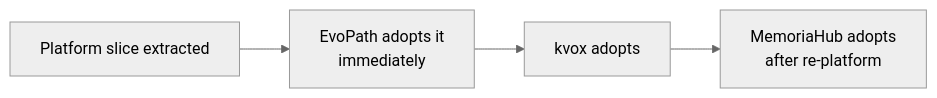
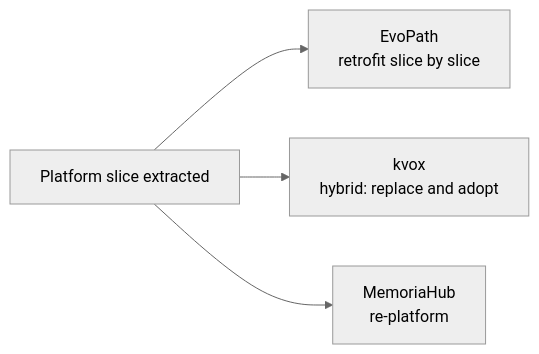
One commit to marinoscar/EnterpriseAppBase changed the seventh of 8 diagrams in docs/specs/platform-packages.md. Above: the diagram before and after it, drawn with Mermaid (neutral theme). The commit also changed other lines of this file, not shown here.

````diff
--- a/docs/specs/platform-packages.md
+++ b/docs/specs/platform-packages.md
@@ -763,6 +943,6 @@
 ```mermaid
 flowchart LR
-  p["Platform slice extracted"] --> e["EvoPath adopts it<br/>immediately"]
-  e --> k["kvox adopts"]
-  k --> m["MemoriaHub adopts<br/>after re-platform"]
+  p["Platform slice extracted"] --> e["EvoPath<br/>retrofit slice by slice"]
+  p --> k["kvox<br/>hybrid: replace and adopt"]
+  p --> m["MemoriaHub<br/>re-platform"]
 ```
````
